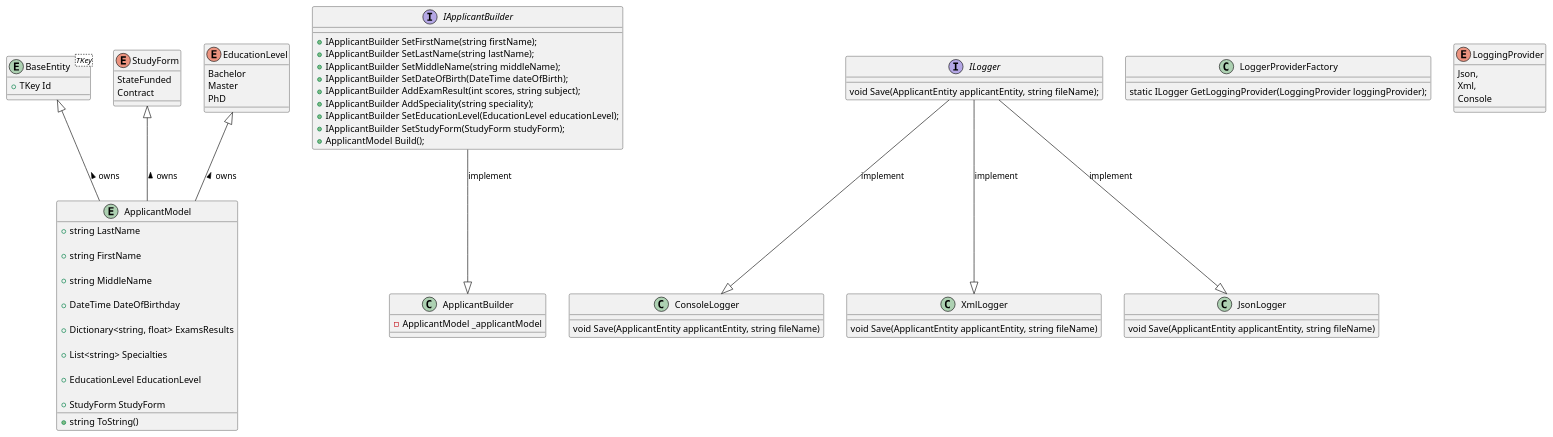
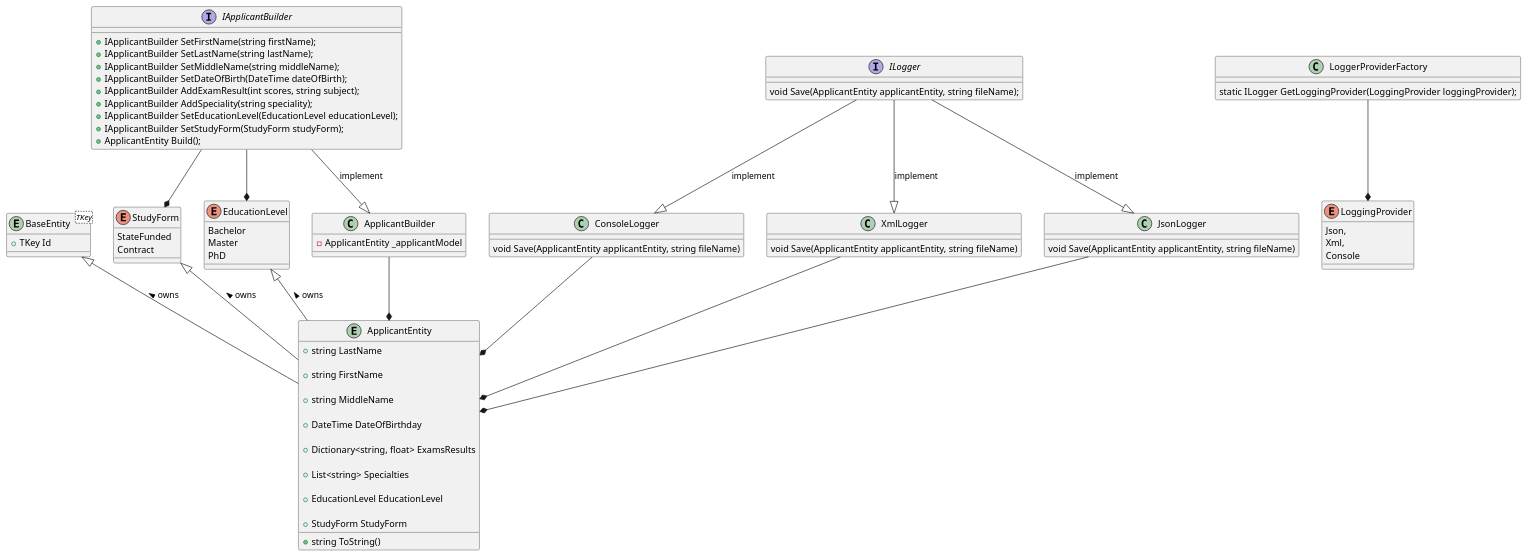
Before and after one commit to Sqvlen/Microsoft.NET: the diagram in Lab4/Lab4.Console/Diagrams/Program.cs.puml, drawn with PlantUML. The commit also changed 4 other files, not shown here.

```diff
--- a/Lab4/Lab4.Console/Diagrams/Program.cs.puml
+++ b/Lab4/Lab4.Console/Diagrams/Program.cs.puml
@@ -1,100 +1,110 @@
 @startuml
 'https://plantuml.com/class-diagram
 
 entity BaseEntity<TKey>
 {
 + TKey Id
 }
-entity ApplicantModel
+entity ApplicantEntity
 {
  + string LastName 
 
  + string FirstName 
 
  + string MiddleName 
 
  + DateTime DateOfBirthday 
 
  + Dictionary<string, float> ExamsResults
 
  + List<string> Specialties
 
  + EducationLevel EducationLevel 
 
  + StudyForm StudyForm 
  
  + string ToString()
 }
 
-BaseEntity <|-- ApplicantModel : < owns
-StudyForm <|-- ApplicantModel : < owns
-EducationLevel <|-- ApplicantModel : < owns
+BaseEntity <|-- ApplicantEntity : < owns
+StudyForm <|-- ApplicantEntity : < owns
+EducationLevel <|-- ApplicantEntity : < owns
 
 enum StudyForm {
 StateFunded
 Contract
 }
 
 enum EducationLevel
 {
 Bachelor
 Master
 PhD
 }
 
 class ApplicantBuilder
 {
-- ApplicantModel _applicantModel
+- ApplicantEntity _applicantModel
 }
 
 IApplicantBuilder --|> ApplicantBuilder : implement
 
 interface IApplicantBuilder
 {
 + IApplicantBuilder SetFirstName(string firstName);
 + IApplicantBuilder SetLastName(string lastName);
 + IApplicantBuilder SetMiddleName(string middleName);
 + IApplicantBuilder SetDateOfBirth(DateTime dateOfBirth);
 + IApplicantBuilder AddExamResult(int scores, string subject);
 + IApplicantBuilder AddSpeciality(string speciality);
 + IApplicantBuilder SetEducationLevel(EducationLevel educationLevel);
 + IApplicantBuilder SetStudyForm(StudyForm studyForm);
-+ ApplicantModel Build();
++ ApplicantEntity Build();
 }
 
 interface ILogger
 {
     void Save(ApplicantEntity applicantEntity, string fileName);
 }
 
 class ConsoleLogger 
 {
     void Save(ApplicantEntity applicantEntity, string fileName)
 }
 
 class XmlLogger 
 {
     void Save(ApplicantEntity applicantEntity, string fileName)
 }
 
 class JsonLogger 
 {
     void Save(ApplicantEntity applicantEntity, string fileName)
 }
 
 ILogger --|> ConsoleLogger : implement
 ILogger --|> JsonLogger : implement
 ILogger --|> XmlLogger : implement
 
 class LoggerProviderFactory
 {
     static ILogger GetLoggingProvider(LoggingProvider loggingProvider);
 }
 
 enum LoggingProvider
 {
     Json,
     Xml,
     Console
 }
+
+IApplicantBuilder --* StudyForm
+IApplicantBuilder --* EducationLevel
+ApplicantBuilder --* ApplicantEntity
+
+ConsoleLogger --* ApplicantEntity
+XmlLogger --* ApplicantEntity
+JsonLogger --* ApplicantEntity
+
+LoggerProviderFactory --* LoggingProvider
 @enduml
```
